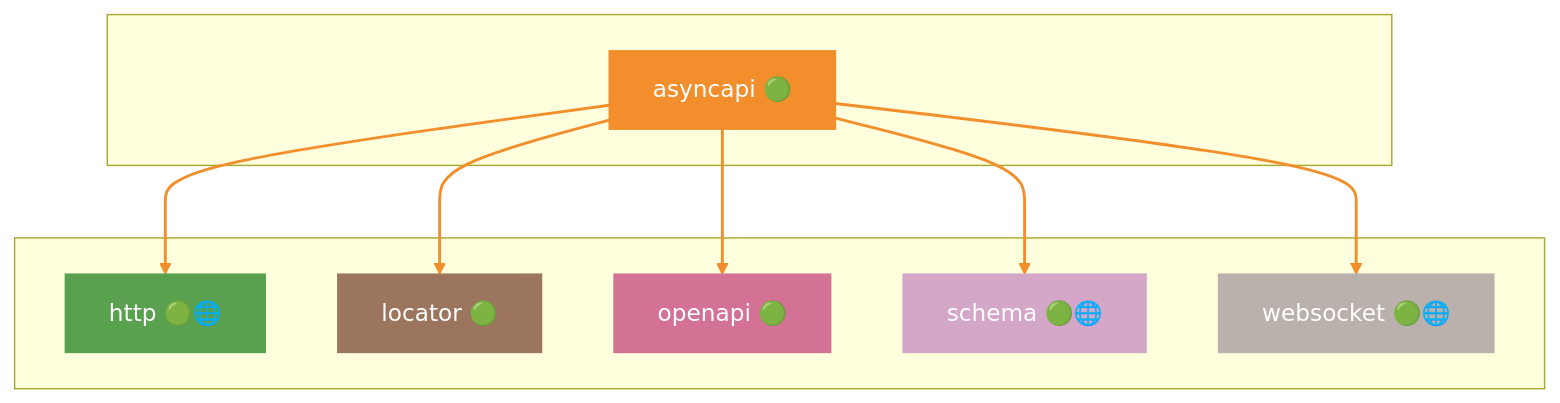
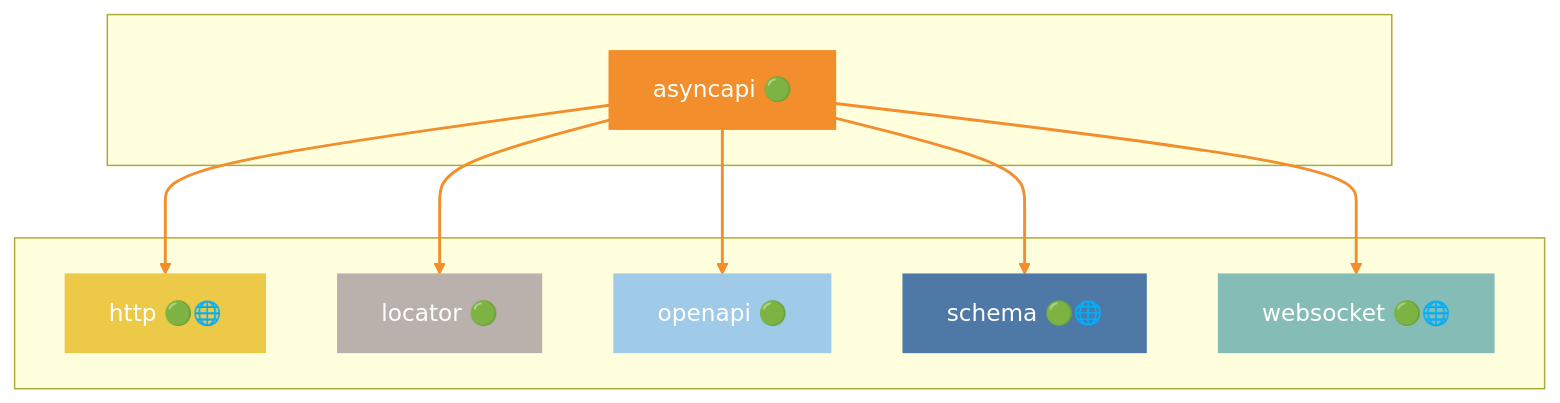
One commit to grest-ts/grest-ts changed the third of 48 diagrams in docs/DEPENDENCIES.md. Above: the diagram before and after it, drawn with Mermaid. The commit also changed other lines of this file and 62 other files, not shown here.

````diff
--- a/docs/DEPENDENCIES.md
+++ b/docs/DEPENDENCIES.md
@@ -483,29 +491,29 @@
 ```mermaid
 flowchart TB
     subgraph Package[" "]
         asyncapi["asyncapi 🟢"]
     end
     subgraph Dependencies[" "]
         http["http 🟢🌐"]
         locator["locator 🟢"]
         openapi["openapi 🟢"]
         schema["schema 🟢🌐"]
         websocket["websocket 🟢🌐"]
     end
     asyncapi --> http
     asyncapi --> locator
     asyncapi --> openapi
     asyncapi --> schema
     asyncapi --> websocket
     style asyncapi fill:#F28E2B,stroke:#F28E2B,color:#fff
-    style http fill:#59A14F,stroke:#59A14F,color:#fff
-    style locator fill:#9C755F,stroke:#9C755F,color:#fff
-    style openapi fill:#D37295,stroke:#D37295,color:#fff
-    style schema fill:#D4A6C8,stroke:#D4A6C8,color:#fff
-    style websocket fill:#BAB0AC,stroke:#BAB0AC,color:#fff
+    style http fill:#EDC948,stroke:#EDC948,color:#fff
+    style locator fill:#BAB0AC,stroke:#BAB0AC,color:#fff
+    style openapi fill:#A0CBE8,stroke:#A0CBE8,color:#fff
+    style schema fill:#4E79A7,stroke:#4E79A7,color:#fff
+    style websocket fill:#86BCB6,stroke:#86BCB6,color:#fff
     linkStyle 0 stroke:#F28E2B,stroke-width:2px
     linkStyle 1 stroke:#F28E2B,stroke-width:2px
     linkStyle 2 stroke:#F28E2B,stroke-width:2px
     linkStyle 3 stroke:#F28E2B,stroke-width:2px
     linkStyle 4 stroke:#F28E2B,stroke-width:2px
 ```
````
